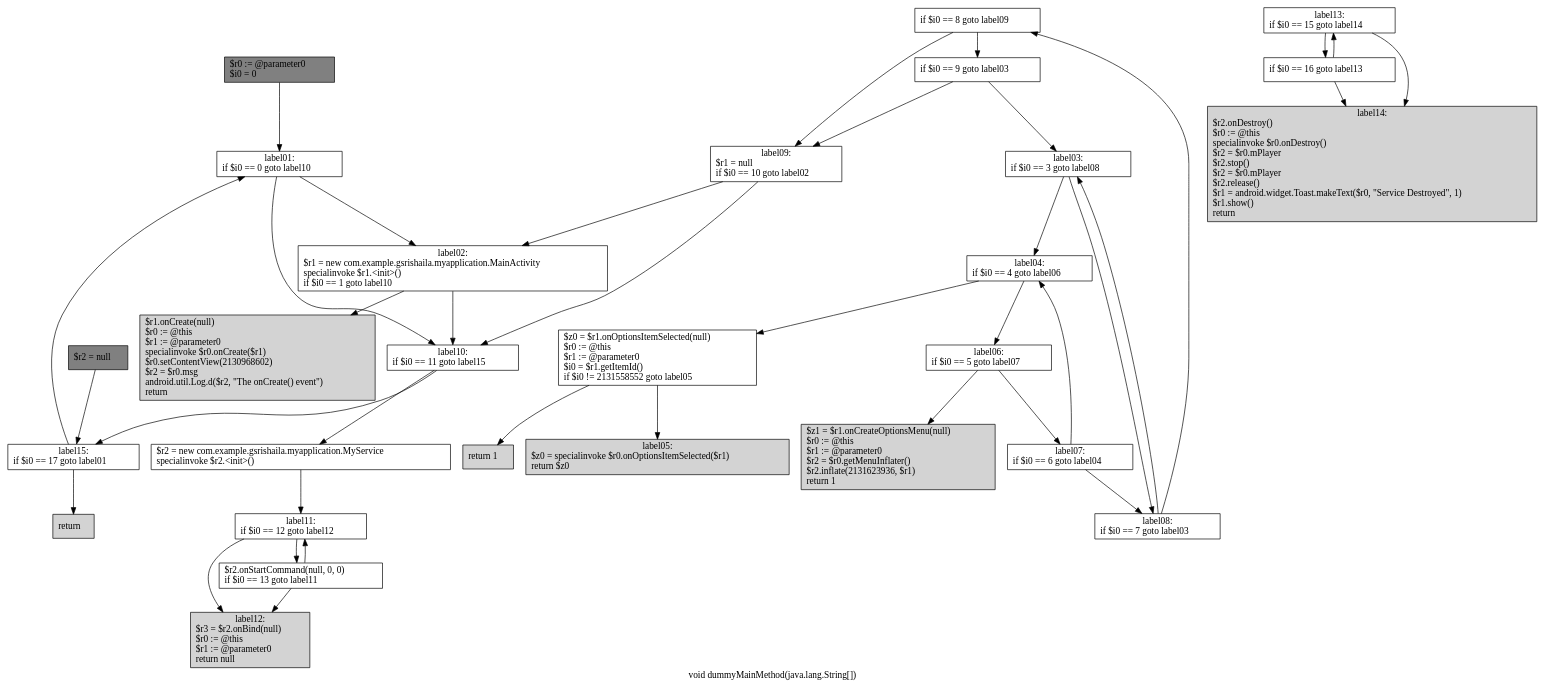
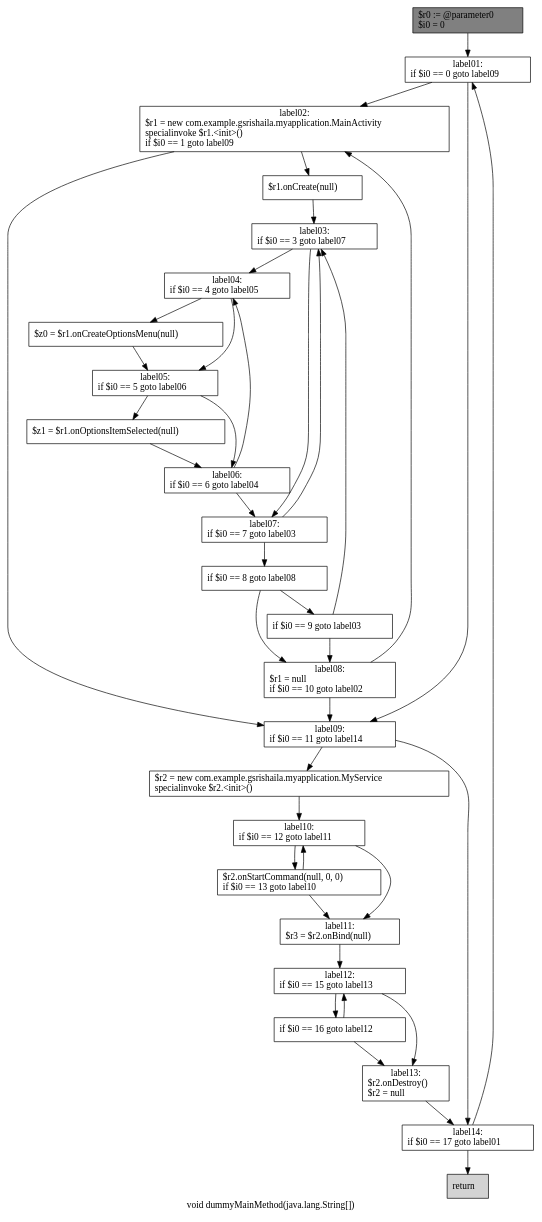
Before and after one commit to gsrishaila/summer: the diagram in soot-infoflow-android-develop/dummyMainMethod222.dot, drawn with Graphviz. The commit also changed 4 other files, not shown here.

```diff
--- a/soot-infoflow-android-develop/dummyMainMethod222.dot
+++ b/soot-infoflow-android-develop/dummyMainMethod222.dot
@@ -1,68 +1,67 @@
 digraph "void dummyMainMethod(java.lang.String[])" {
     label="void dummyMainMethod(java.lang.String[])";
     node [shape=box];
     "0" [style=filled,fillcolor=gray,label="$r0 := @parameter0\l$i0 = 0\l",];
-    "1" [label="label01:\nif $i0 == 0 goto label10\l",];
+    "1" [label="label01:\nif $i0 == 0 goto label09\l",];
     "0"->"1";
-    "2" [label="label02:\n$r1 = new com.example.gsrishaila.myapplication.MainActivity\lspecialinvoke $r1.<init>()\lif $i0 == 1 goto label10\l",];
+    "2" [label="label02:\n$r1 = new com.example.gsrishaila.myapplication.MainActivity\lspecialinvoke $r1.<init>()\lif $i0 == 1 goto label09\l",];
     "1"->"2";
-    "16" [label="label10:\nif $i0 == 11 goto label15\l",];
-    "1"->"16";
-    "3" [style=filled,fillcolor=lightgray,label="$r1.onCreate(null)\l$r0 := @this\l$r1 := @parameter0\lspecialinvoke $r0.onCreate($r1)\l$r0.setContentView(2130968602)\l$r2 = $r0.msg\landroid.util.Log.d($r2, \"The onCreate() event\")\lreturn\l",];
+    "14" [label="label09:\nif $i0 == 11 goto label14\l",];
+    "1"->"14";
+    "3" [label="$r1.onCreate(null)\l",];
     "2"->"3";
-    "2"->"16";
-    "4" [label="label03:\nif $i0 == 3 goto label08\l",];
-    "5" [label="label04:\nif $i0 == 4 goto label06\l",];
+    "2"->"14";
+    "4" [label="label03:\nif $i0 == 3 goto label07\l",];
+    "3"->"4";
+    "5" [label="label04:\nif $i0 == 4 goto label05\l",];
     "4"->"5";
-    "12" [label="label08:\nif $i0 == 7 goto label03\l",];
-    "4"->"12";
-    "6" [label="$z0 = $r1.onOptionsItemSelected(null)\l$r0 := @this\l$r1 := @parameter0\l$i0 = $r1.getItemId()\lif $i0 != 2131558552 goto label05\l",];
+    "10" [label="label07:\nif $i0 == 7 goto label03\l",];
+    "4"->"10";
+    "6" [label="$z0 = $r1.onCreateOptionsMenu(null)\l",];
     "5"->"6";
-    "9" [label="label06:\nif $i0 == 5 goto label07\l",];
-    "5"->"9";
-    "7" [style=filled,fillcolor=lightgray,label="return 1\l",];
+    "7" [label="label05:\nif $i0 == 5 goto label06\l",];
+    "5"->"7";
     "6"->"7";
-    "8" [style=filled,fillcolor=lightgray,label="label05:\n$z0 = specialinvoke $r0.onOptionsItemSelected($r1)\lreturn $z0\l",];
-    "6"->"8";
-    "10" [style=filled,fillcolor=lightgray,label="$z1 = $r1.onCreateOptionsMenu(null)\l$r0 := @this\l$r1 := @parameter0\l$r2 = $r0.getMenuInflater()\l$r2.inflate(2131623936, $r1)\lreturn 1\l",];
+    "8" [label="$z1 = $r1.onOptionsItemSelected(null)\l",];
+    "7"->"8";
+    "9" [label="label06:\nif $i0 == 6 goto label04\l",];
+    "7"->"9";
+    "8"->"9";
+    "9"->"5";
     "9"->"10";
-    "11" [label="label07:\nif $i0 == 6 goto label04\l",];
-    "9"->"11";
-    "11"->"5";
+    "10"->"4";
+    "11" [label="if $i0 == 8 goto label08\l",];
+    "10"->"11";
+    "12" [label="if $i0 == 9 goto label03\l",];
     "11"->"12";
+    "13" [label="label08:\n$r1 = null\lif $i0 == 10 goto label02\l",];
+    "11"->"13";
     "12"->"4";
-    "13" [label="if $i0 == 8 goto label09\l",];
     "12"->"13";
-    "14" [label="if $i0 == 9 goto label03\l",];
+    "13"->"2";
     "13"->"14";
-    "15" [label="label09:\n$r1 = null\lif $i0 == 10 goto label02\l",];
-    "13"->"15";
-    "14"->"4";
+    "15" [label="$r2 = new com.example.gsrishaila.myapplication.MyService\lspecialinvoke $r2.<init>()\l",];
     "14"->"15";
-    "15"->"2";
+    "22" [label="label14:\nif $i0 == 17 goto label01\l",];
+    "14"->"22";
+    "16" [label="label10:\nif $i0 == 12 goto label11\l",];
     "15"->"16";
-    "17" [label="$r2 = new com.example.gsrishaila.myapplication.MyService\lspecialinvoke $r2.<init>()\l",];
+    "17" [label="$r2.onStartCommand(null, 0, 0)\lif $i0 == 13 goto label10\l",];
     "16"->"17";
-    "25" [label="label15:\nif $i0 == 17 goto label01\l",];
-    "16"->"25";
-    "18" [label="label11:\nif $i0 == 12 goto label12\l",];
+    "18" [label="label11:\n$r3 = $r2.onBind(null)\l",];
+    "16"->"18";
+    "17"->"16";
     "17"->"18";
-    "19" [label="$r2.onStartCommand(null, 0, 0)\lif $i0 == 13 goto label11\l",];
+    "19" [label="label12:\nif $i0 == 15 goto label13\l",];
     "18"->"19";
-    "20" [style=filled,fillcolor=lightgray,label="label12:\n$r3 = $r2.onBind(null)\l$r0 := @this\l$r1 := @parameter0\lreturn null\l",];
-    "18"->"20";
-    "19"->"18";
+    "20" [label="if $i0 == 16 goto label12\l",];
     "19"->"20";
-    "21" [label="label13:\nif $i0 == 15 goto label14\l",];
-    "22" [label="if $i0 == 16 goto label13\l",];
+    "21" [label="label13:\n$r2.onDestroy()\l$r2 = null\l",];
+    "19"->"21";
+    "20"->"19";
+    "20"->"21";
     "21"->"22";
-    "23" [style=filled,fillcolor=lightgray,label="label14:\n$r2.onDestroy()\l$r0 := @this\lspecialinvoke $r0.onDestroy()\l$r2 = $r0.mPlayer\l$r2.stop()\l$r2 = $r0.mPlayer\l$r2.release()\l$r1 = android.widget.Toast.makeText($r0, \"Service Destroyed\", 1)\l$r1.show()\lreturn\l",];
-    "21"->"23";
-    "22"->"21";
+    "22"->"1";
+    "23" [style=filled,fillcolor=lightgray,label="return\l",];
     "22"->"23";
-    "24" [style=filled,fillcolor=gray,label="$r2 = null\l",];
-    "24"->"25";
-    "25"->"1";
-    "26" [style=filled,fillcolor=lightgray,label="return\l",];
-    "25"->"26";
 }
```
